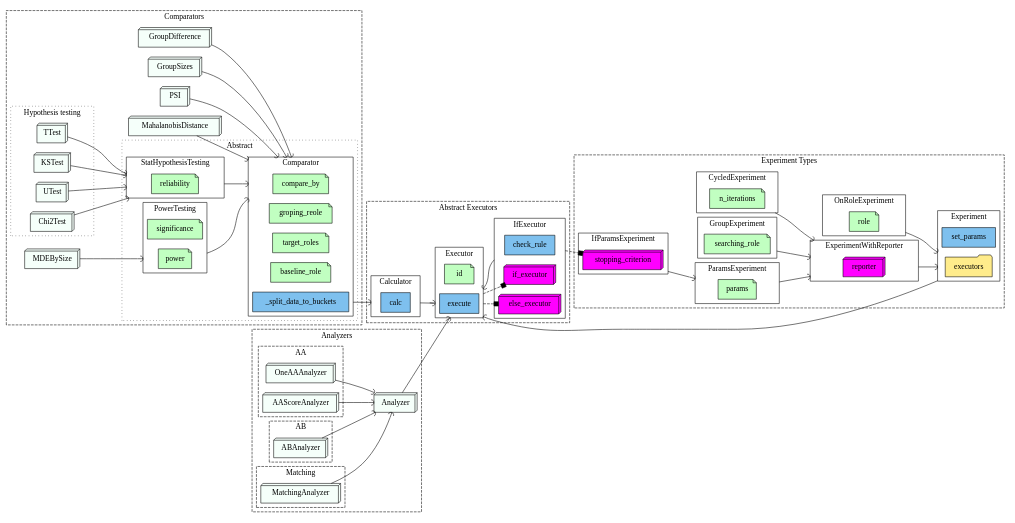
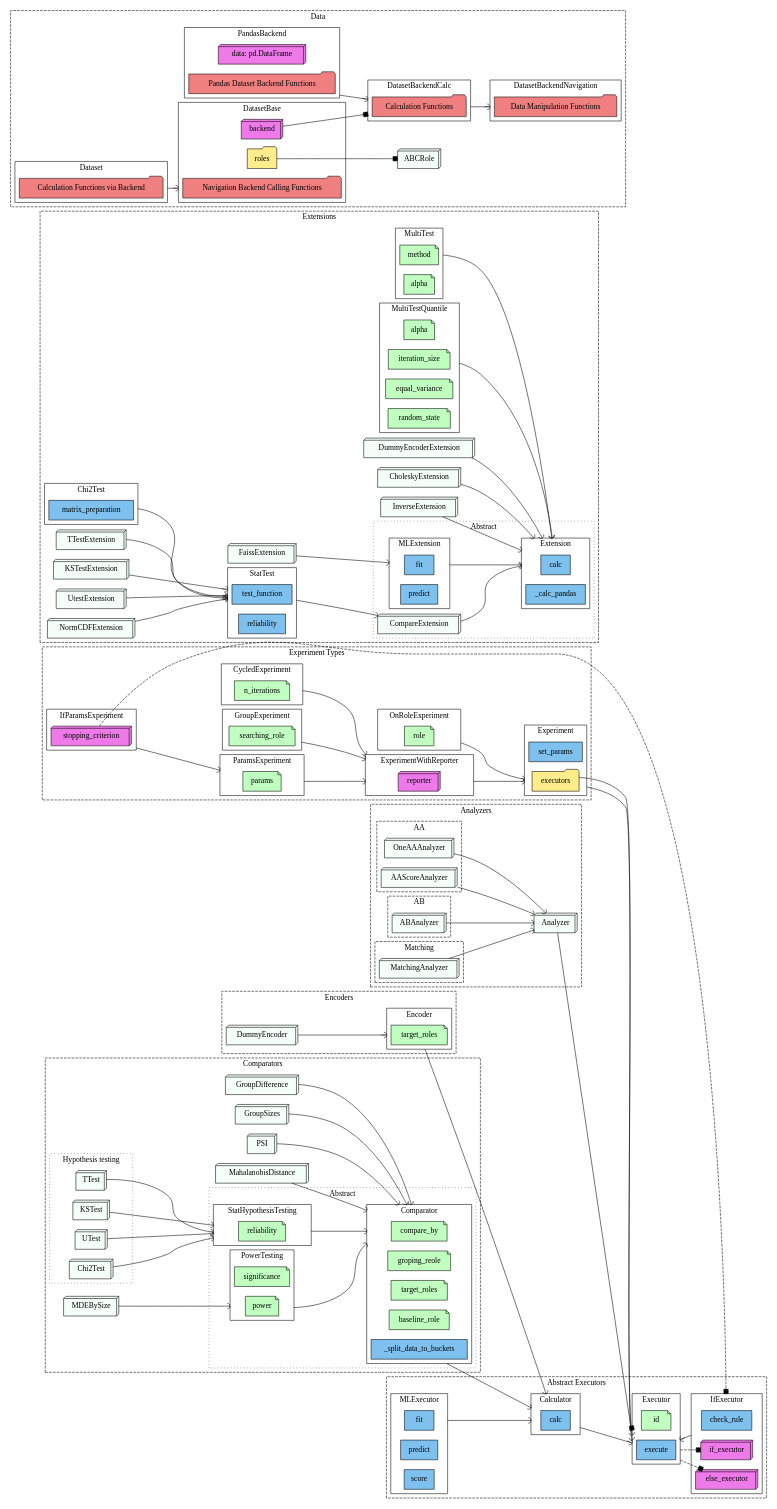
The diagram in schemes/executors_famaly.dot (sb-ai-lab/HypEx), drawn with Graphviz before and after one commit.

Commit message:
Add Data, Encoders and Extensions

```diff
--- a/schemes/executors_famaly.dot
+++ b/schemes/executors_famaly.dot
@@ -11,12 +11,19 @@
         searching_role
         params
         compare_by
-        groping_reole,
-        target_roles,
+        groping_reole
+        target_roles_comporator[label="target_roles"]
         baseline_role
         reliability
-        significance,
+        significance
         power
+        target_roles_encoder[label="target_roles"]
+        method
+        alpha
+        alpha_q[label="alpha"]
+        iteration_size
+        equal_variance
+        random_state_q[label="random_state"]
     }
 
     subgraph functions{
@@ -26,14 +33,25 @@
         check_rule
         set_params
         _split_data_to_buckets
+        fit
+        predict
+        score
+        calc_ext[label="calc"]
+        _calc_pandas
+        fit_ext[label="fit"]
+        predict_ext[label="predict"]
+        test_function
+        reliability_ext[label="reliability"]
+        matrix_preparation
     }
 
     subgraph objects{
-        node[shape=box3d, fillcolor=fuchsia]
+        node[shape=box3d, fillcolor=orchid2]
         if_executor
         else_executor
         reporter
         stopping_criterion
+        dummy_encoder[label="DummyEncoder", fillcolor=mintcream]
         // Analyzers----------------
         analyzer[label="Analyzer", fillcolor=mintcream]
         one_aa_analyzer[label="OneAAAnalyzer", fillcolor=mintcream]
@@ -50,22 +68,41 @@
         utest[label="UTest", fillcolor=mintcream]
         chi2test[label="Chi2Test", fillcolor=mintcream]
         mdebysize[label="MDEBySize", fillcolor=mintcream]
+        // Dataset-----------------
+        backend
+        data_pandas[label="data: pd.DataFrame"]
+        abc_role[label="ABCRole", fillcolor=mintcream]
+        // Extensions--------------
+        compare_extension[label="CompareExtension", fillcolor=mintcream]
+        dummy_encoder_ext[label="DummyEncoderExtension", fillcolor=mintcream]
+        faiss_ext[label="FaissExtension", fillcolor=mintcream]
+        cholesky_ext[label="CholeskyExtension", fillcolor=mintcream]
+        inverse_ext[label="InverseExtension", fillcolor=mintcream]
+        ttest_ext[label="TTestExtension", fillcolor=mintcream]
+        kstest_ext[label="KSTestExtension", fillcolor=mintcream]
+        utest_ext[label="UtestExtension", fillcolor=mintcream]
+        norm_cdf_ext[label="NormCDFExtension", fillcolor=mintcream]
     }
 
     subgraph collections{
         node[shape=folder, fillcolor=lightgoldenrod1]
         executors
+        roles
+        data_manipulations_functios[label="Data Manipulation Functions", fillcolor=lightcoral]
+        calculation_functions[label="Calculation Functions", fillcolor=lightcoral]
+        pandas_dataset_backend_functions[label="Pandas Dataset Backend Functions", fillcolor=lightcoral]
+        navigation_backend_calling_functions[label="Navigation Backend Calling Functions", fillcolor=lightcoral]
+        calculation_functions_via_backend[label="Calculation Functions via Backend", fillcolor=lightcoral]
     }
 
     subgraph cluster_abstract_executors{
         graph[label="Abstract Executors", style="dashed"]
 
-         subgraph cluster_executor{
-        graph[label="Executor", style="solid"]
-        id
-        execute
+        subgraph cluster_executor{
+            graph[label="Executor", style="solid"]
+            id
+            execute
         }
-
         subgraph cluster_calculator{
             graph[label="Calculator", style="solid"]
             calc
@@ -75,13 +112,19 @@
             ltail=cluster_calculator
             lhead=cluster_executor
         ]
-
         subgraph cluster_if_executor{
             graph[label="IfExecutor", style="solid"]
             check_rule
             if_executor
             else_executor
         }
+        subgraph cluster_ml_executor{
+            graph[label="MLExecutor", style="solid"]
+            fit
+            predict
+            score
+        }
+
         check_rule -> execute [        
             arrowhead=curve
             ltail=cluster_if_executor
@@ -91,6 +134,11 @@
             style=dashed
             arrowhead=box
             ltail=cluster_executor
+        ]
+        fit -> calc [
+            arrowhead=curve
+            ltail=cluster_ml_executor
+            lhead=cluster_calculator
         ]
     }
 
@@ -105,6 +153,10 @@
         executors -> execute [        
             arrowhead=curve
             ltail=cluster_experiment
+            lhead=cluster_executor
+        ]
+        executors -> execute [        
+            arrowhead=box
             lhead=cluster_executor
         ]
 
@@ -167,10 +219,10 @@
             ltail=cluster_if_params_experiment
             lhead=cluster_params_experiment
         ]
-        check_rule -> stopping_criterion [
+        stopping_criterion -> check_rule [
             style=dashed
             arrowhead=box
-            ltail=cluster_if_executor
+            lhead=cluster_if_executor
         ]
     }
 
@@ -214,7 +266,7 @@
                 _split_data_to_buckets
                 compare_by
                 groping_reole
-                target_roles
+                target_roles_comporator
                 baseline_role
             }
             _split_data_to_buckets -> calc [        
@@ -273,4 +325,162 @@
             lhead=cluster_power_testing
         ]
     }
+
+    subgraph cluster_data{
+        graph[label="Data", style=dashed]
+        subgraph cluster_dataset_backend_navigation{
+            graph[label="DatasetBackendNavigation", style=solid]
+            data_manipulations_functios
+        }
+        subgraph cluster_dataset_backend_calc{
+            graph[label="DatasetBackendCalc", style=solid]
+            calculation_functions
+        }
+        subgraph cluster_pandas_backend{
+            graph[label="PandasBackend", style=solid]
+            pandas_dataset_backend_functions
+            data_pandas
+        }
+        subgraph cluster_dataset_base{
+            graph[label="DatasetBase", style=solid]
+            backend
+            roles
+            navigation_backend_calling_functions
+        }
+        subgraph cluster_dataset{
+            graph[label="Dataset", style=solid]
+            calculation_functions_via_backend
+        }
+
+        calculation_functions -> data_manipulations_functios [
+            arrowhead=curve,
+            ltail=cluster_dataset_backend_calc
+            lhead=cluster_dataset_backend_navigation
+        ]
+        pandas_dataset_backend_functions -> calculation_functions [
+            arrowhead=curve,
+            ltail=cluster_pandas_backend
+            lhead=cluster_dataset_backend_calc
+        ]
+        backend -> calculation_functions [
+            arrowhead=box,
+            lhead=cluster_dataset_backend_calc
+        ]
+        calculation_functions_via_backend -> navigation_backend_calling_functions [
+            arrowhead=curve,
+            ltail=cluster_dataset
+            lhead=cluster_dataset_base
+        ]
+        roles -> abc_role[arrowhead=box]
+    }
+
+    subgraph cluster_encoders{
+        graph[label="Encoders", style=dashed]
+        subgraph cluster_encoder{
+            graph[label="Encoder", style=solid]
+            target_roles_encoder
+        }
+        target_roles_encoder -> calc [
+            arrowhead=curve,
+            ltail=cluster_encoder,
+            lhead=cluster_calculator
+        ]
+        dummy_encoder -> target_roles_encoder [
+            arrowhead=curve,
+            lhead=cluster_encoder
+        ]
+    }
+
+    subgraph cluster_extensions{
+        graph[label="Extensions", style=dashed]
+        subgraph cluster_abstract_extensions{
+            graph[label="Abstract", style=dotted]
+
+            subgraph cluster_extension{
+                graph[label="Extension", style=solid]
+                calc_ext
+                _calc_pandas
+            }
+            subgraph cluster_ml_extension{
+                graph[label="MLExtension", style=solid]
+                fit_ext
+                predict_ext
+            }
+
+            compare_extension -> calc_ext [
+                arrowhead=curve
+                lhead=cluster_extension
+            ]
+            fit_ext -> calc_ext [
+                arrowhead=curve
+                lhead=cluster_extension
+                ltail=cluster_ml_extension
+            ]
+        }
+
+        subgraph cluster_stat_test{
+            graph[label="StatTest", style=solid]
+            test_function
+            reliability_ext
+        }
+        subgraph cluster_chi2test_ext{
+            graph[label="Chi2Test", style=solid]
+            matrix_preparation
+        }
+        subgraph cluster_multitest{
+            graph[label="MultiTest", style=solid]
+            compare_extension
+            method
+            alpha
+        }
+        subgraph cluster_multitest_q{
+            graph[label="MultiTestQuantile", style=solid]
+            alpha_q
+            iteration_size
+            equal_variance
+            random_state_q
+        }
+
+        {
+            dummy_encoder_ext
+            inverse_ext
+            cholesky_ext
+        } -> calc_ext [
+            arrowhead=curve
+            lhead=cluster_extension
+        ]
+        faiss_ext -> fit_ext [
+            arrowhead=curve
+            lhead=cluster_ml_extension
+        ]
+        test_function -> compare_extension [
+            arrowhead=curve
+            ltail=cluster_stat_test
+        ]
+        {
+            ttest_ext
+            kstest_ext
+            utest_ext
+            norm_cdf_ext
+        } -> test_function [
+            arrowhead=curve
+            lhead=cluster_stat_test
+        ]
+        matrix_preparation -> test_function [
+            arrowhead=curve
+            ltail=cluster_chi2test_ext
+            lhead=cluster_stat_test
+        ]
+        method -> calc_ext [
+            arrowhead=curve
+            ltail=cluster_multitest
+            lhead=cluster_extension
+        ]
+        iteration_size -> calc_ext [
+            arrowhead=curve
+            ltail=cluster_multitest_q
+            lhead=cluster_extension
+        ]
+    }
+
 }
```
